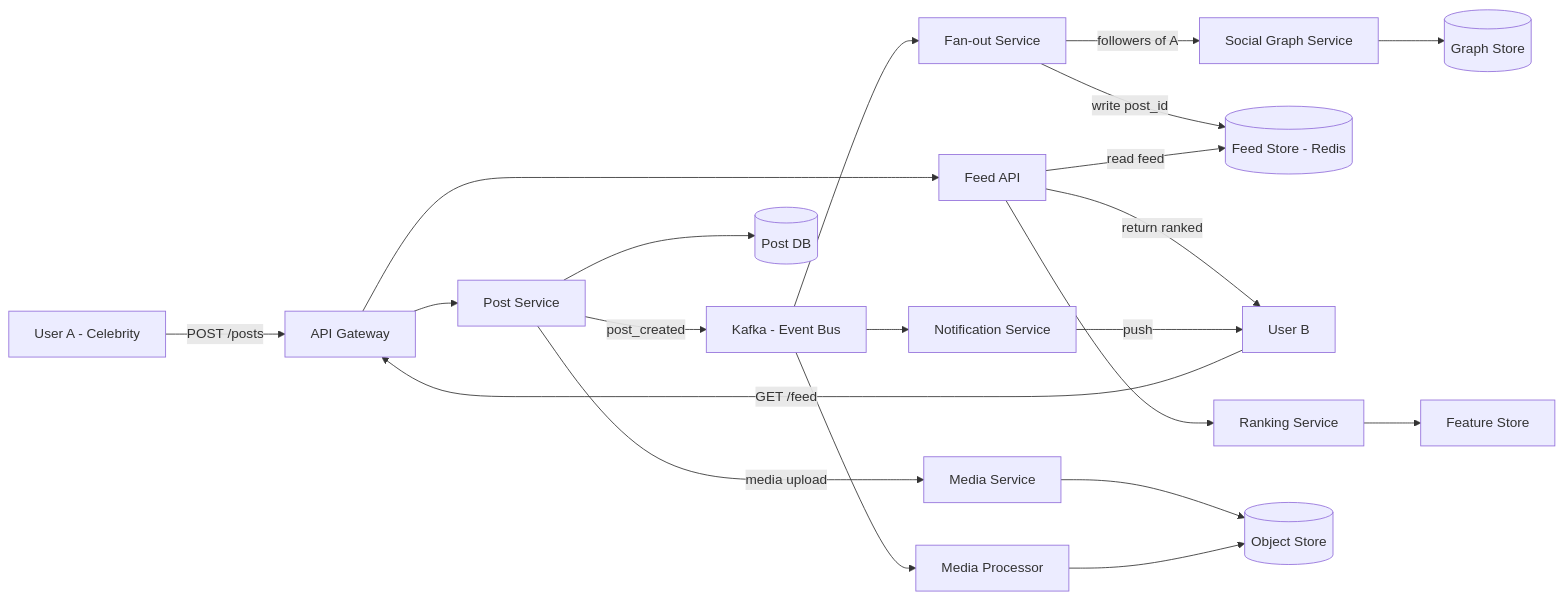
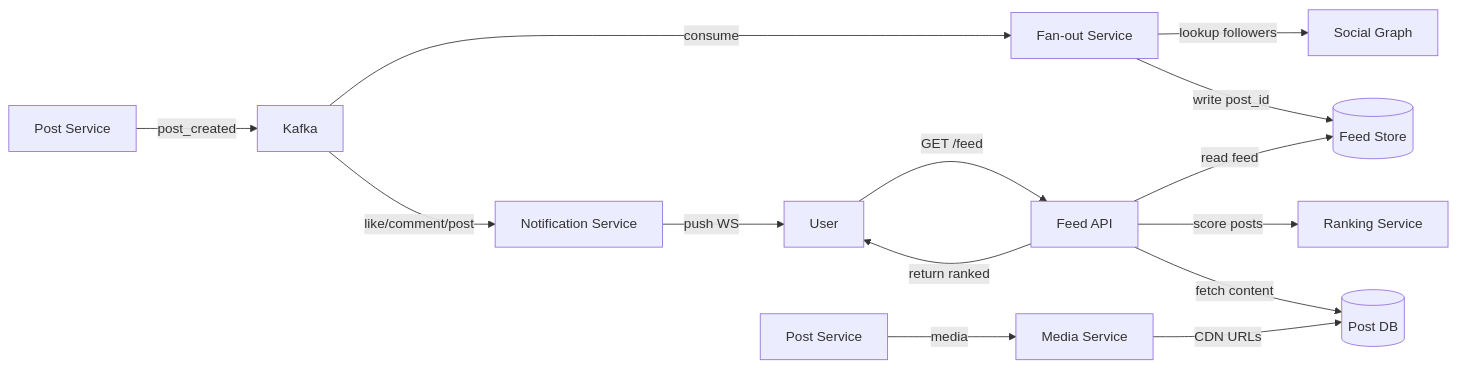
Before and after one commit to abhishekghoshh/system-design-helper: the second of 14 diagrams in docs/system-design/high-level/designing/advanced/social-media.md, drawn with Mermaid. The commit also changed other lines of this file and 107 other files, not shown here.

````diff
--- a/docs/system-design/high-level/designing/advanced/social-media.md
+++ b/docs/system-design/high-level/designing/advanced/social-media.md
@@ -343,23 +144,16 @@
 ```mermaid
-flowchart LR
-  User1[User A - Celebrity] -->|POST /posts| APIGW[API Gateway]
-  APIGW --> PostSvc[Post Service]
-  PostSvc -->|post_created| Kafka[Kafka - Event Bus]
-  PostSvc --> PostDB[(Post DB)]
-  Kafka --> Fanout[Fan-out Service]
-  Fanout -->|followers of A| GraphSvc[Social Graph Service]
-  GraphSvc --> GraphDB[(Graph Store)]
-  Fanout -->|write post_id| FeedStore[(Feed Store - Redis)]
-  User2[User B] -->|GET /feed| APIGW
-  APIGW --> FeedAPI[Feed API]
-  FeedAPI -->|read feed| FeedStore
-  FeedAPI --> RankSvc[Ranking Service]
-  RankSvc --> Features[Feature Store]
-  FeedAPI -->|return ranked| User2
-  Kafka --> NotifySvc[Notification Service]
-  NotifySvc -->|push| User2
-  PostSvc -->|media upload| MediaSvc[Media Service]
-  MediaSvc --> ObjStore[(Object Store)]
-  Kafka --> MediaProc[Media Processor]
-  MediaProc --> ObjStore
+graph LR
+    A[Post Service] -->|post_created| K[Kafka]
+    K -->|consume| F[Fan-out Service]
+    F -->|lookup followers| G[Social Graph]
+    F -->|write post_id| R[(Feed Store)]
+    U[User] -->|GET /feed| API[Feed API]
+    API -->|read feed| R
+    API -->|score posts| RS[Ranking Service]
+    API -->|fetch content| P[(Post DB)]
+    API -->|return ranked| U
+    K -->|like/comment/post| N[Notification Service]
+    N -->|push WS| U
+    PS[Post Service] -->|media| M[Media Service]
+    M -->|CDN URLs| P
 ```
````
